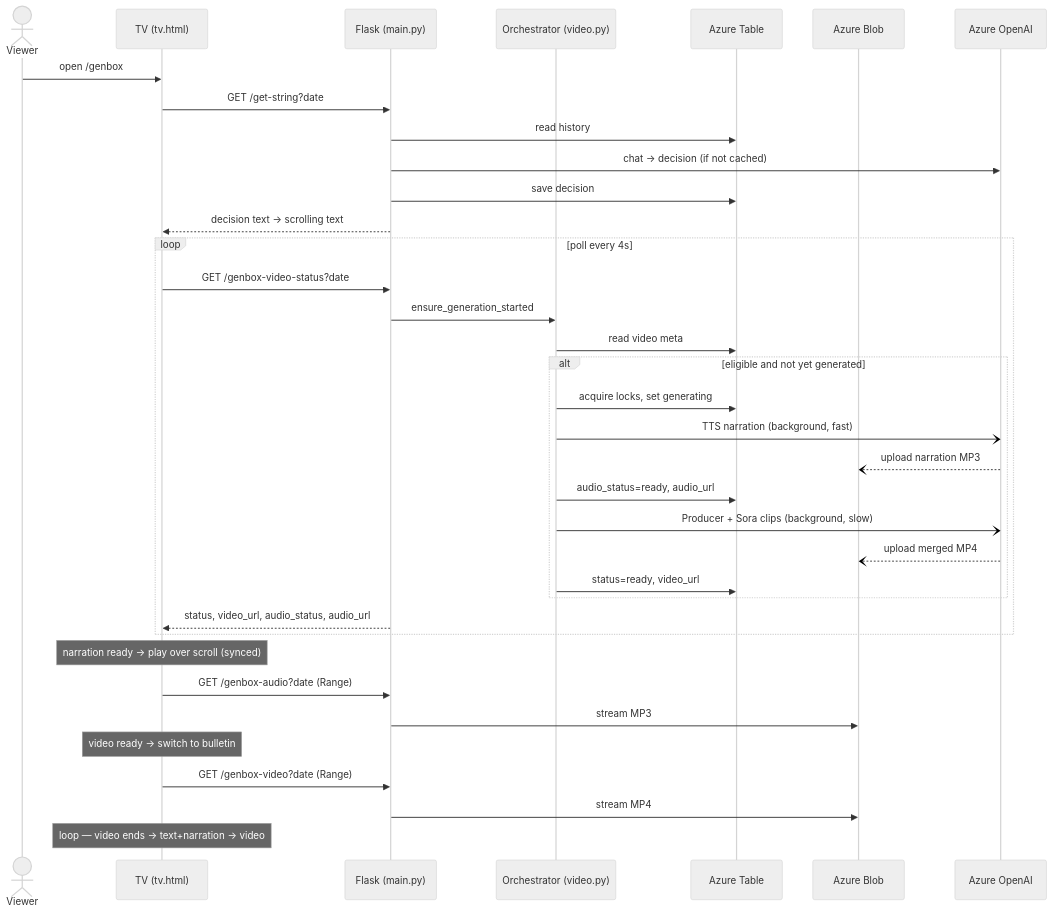
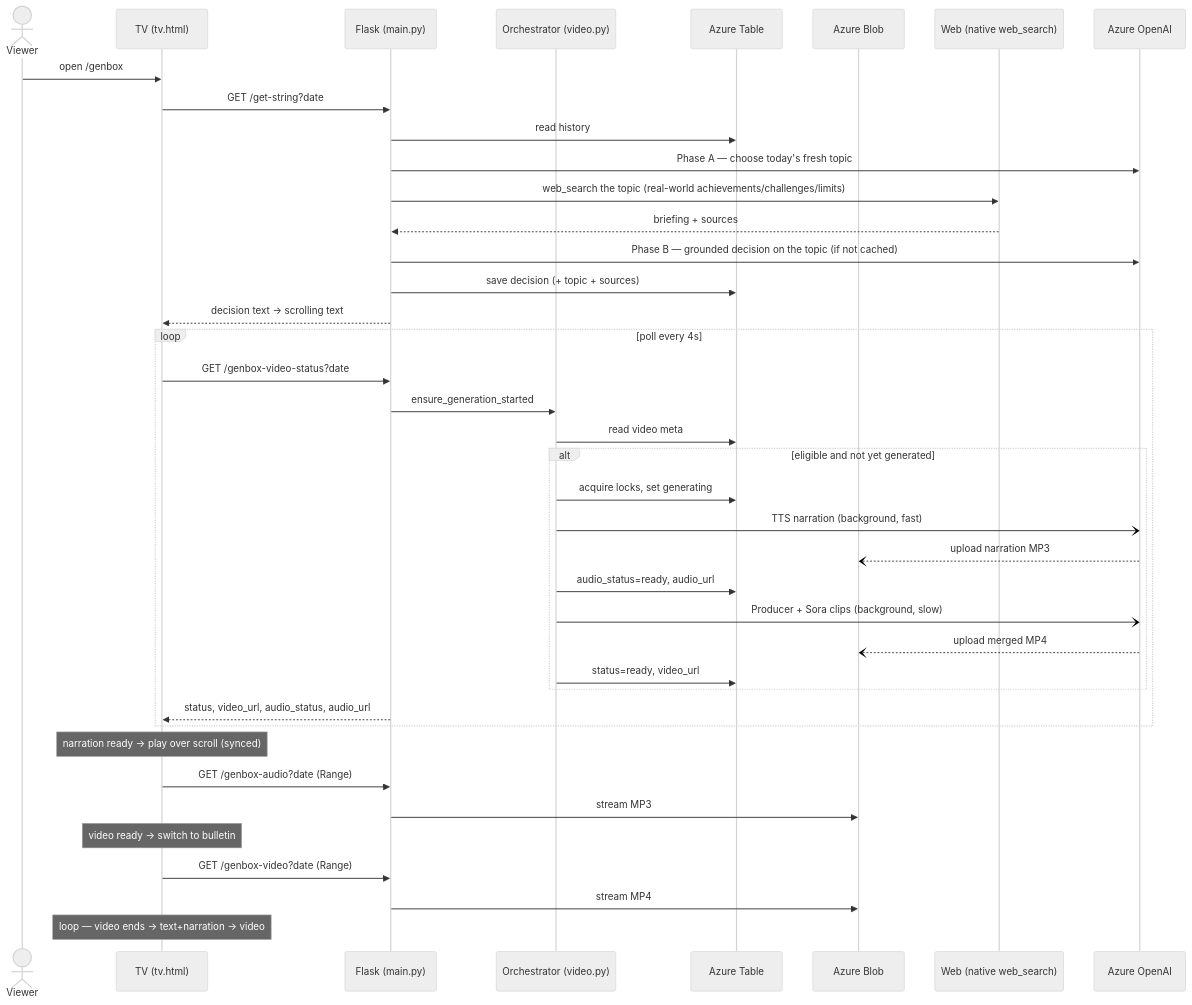
The second of 3 diagrams in GenBox/architecture.md (abozaralizadeh/SandBox), drawn with Mermaid (neutral theme) before and after one commit. The commit also changed other lines of this file and 3 other files, not shown here.

First line of the commit message:
Add real-world research and topic selection flow

````diff
--- a/GenBox/architecture.md
+++ b/GenBox/architecture.md
@@ -113,41 +123,45 @@
 ```mermaid
 sequenceDiagram
     actor U as Viewer
     participant TV as TV (tv.html)
     participant API as Flask (main.py)
     participant GEN as Orchestrator (video.py)
     participant T as Azure Table
     participant B as Azure Blob
+    participant WEB as Web (native web_search)
     participant AOAI as Azure OpenAI
 
     U->>TV: open /genbox
     TV->>API: GET /get-string?date
     API->>T: read history
-    API->>AOAI: chat → decision (if not cached)
-    API->>T: save decision
+    API->>AOAI: Phase A — choose today's fresh topic
+    API->>WEB: web_search the topic (real-world achievements/challenges/limits)
+    WEB-->>API: briefing + sources
+    API->>AOAI: Phase B — grounded decision on the topic (if not cached)
+    API->>T: save decision (+ topic + sources)
     API-->>TV: decision text → scrolling text
 
     loop poll every 4s
         TV->>API: GET /genbox-video-status?date
         API->>GEN: ensure_generation_started
         GEN->>T: read video meta
         alt eligible and not yet generated
             GEN->>T: acquire locks, set generating
             GEN-)AOAI: TTS narration (background, fast)
             AOAI--)B: upload narration MP3
             GEN->>T: audio_status=ready, audio_url
             GEN-)AOAI: Producer + Sora clips (background, slow)
             AOAI--)B: upload merged MP4
             GEN->>T: status=ready, video_url
         end
         API-->>TV: status, video_url, audio_status, audio_url
     end
 
     Note over TV: narration ready → play over scroll (synced)
     TV->>API: GET /genbox-audio?date (Range)
     API->>B: stream MP3
     Note over TV: video ready → switch to bulletin
     TV->>API: GET /genbox-video?date (Range)
     API->>B: stream MP4
     Note over TV: loop — video ends → text+narration → video
 ```
````
